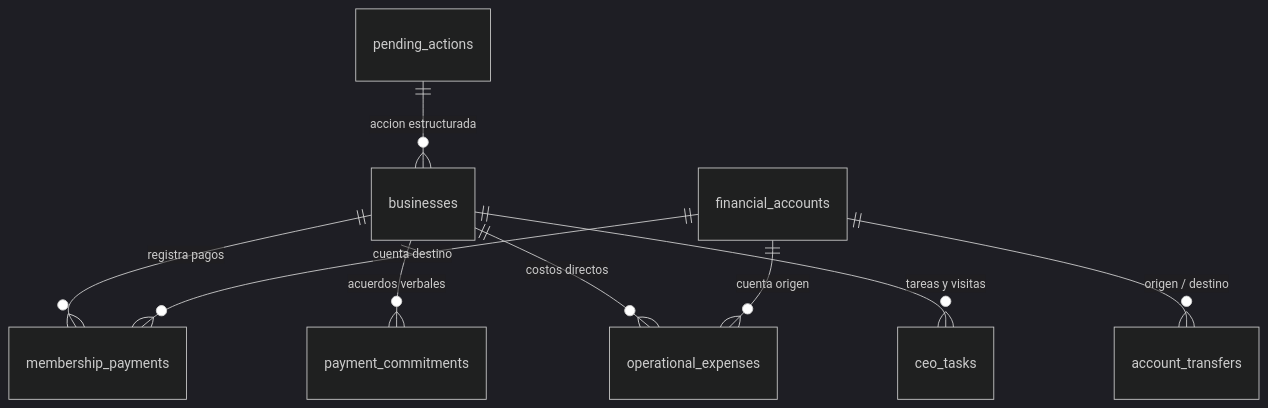
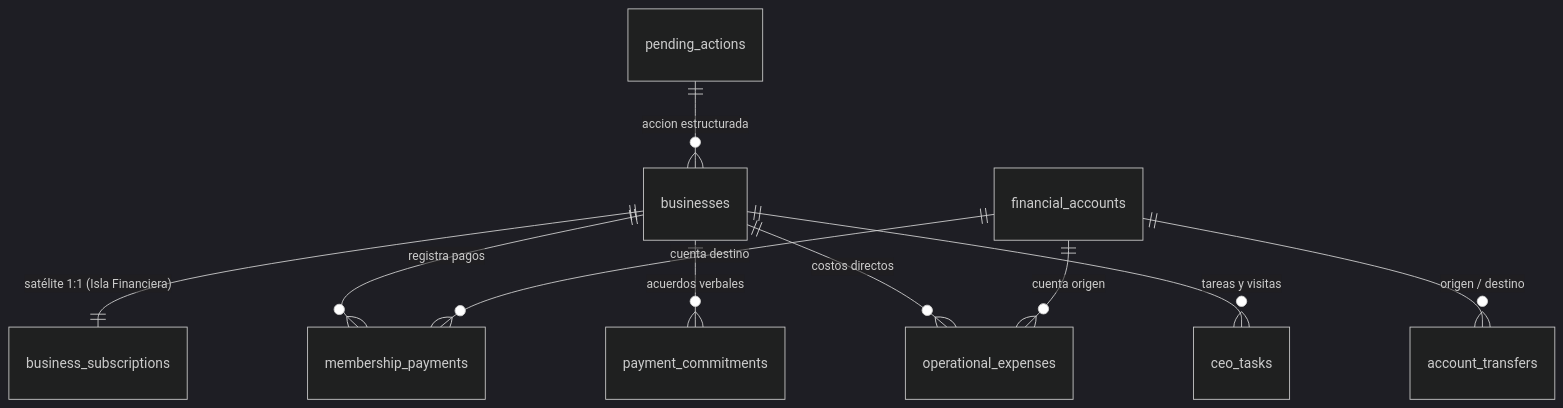
The second of 2 diagrams in Markdown/Contabilidad/CONTABILIDAD.md (dacribelservice/fowy), drawn with Mermaid (dark theme) before and after one commit. The commit also changed other lines of this file and 6 other files, not shown here.

````diff
--- a/Markdown/Contabilidad/CONTABILIDAD.md
+++ b/Markdown/Contabilidad/CONTABILIDAD.md
@@ -130,11 +130,12 @@
 ```mermaid
 erDiagram
+    businesses ||--|| business_subscriptions : "satélite 1:1 (Isla Financiera)"
     businesses ||--o{ membership_payments : "registra pagos"
     businesses ||--o{ payment_commitments : "acuerdos verbales"
     businesses ||--o{ operational_expenses : "costos directos"
     businesses ||--o{ ceo_tasks : "tareas y visitas"
     financial_accounts ||--o{ membership_payments : "cuenta destino"
     financial_accounts ||--o{ operational_expenses : "cuenta origen"
     financial_accounts ||--o{ account_transfers : "origen / destino"
     pending_actions ||--o{ businesses : "accion estructurada"
 ```
````
